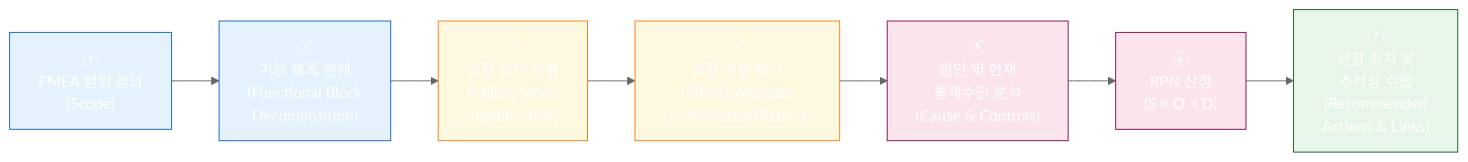
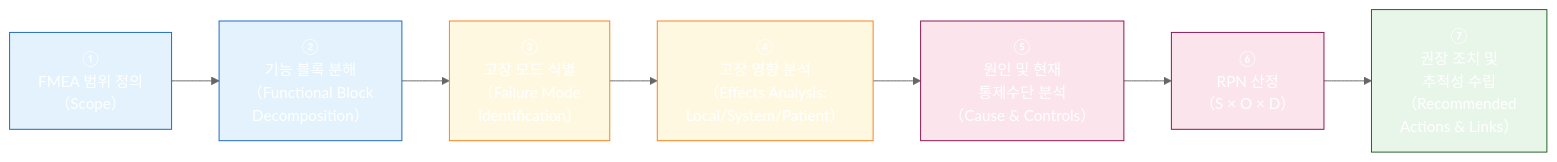
Before and after one commit to holee9/console-gui: the second of 11 diagrams in docs/risk/DOC-009_FMEA_v1.0.md, drawn with Mermaid (neutral theme). The commit also changed other lines of this file and 22 other files, not shown here.

First line of the commit message:
fix: Mermaid flowchart 노드 내 괄호 파싱 오류 전면 수정

````diff
--- a/docs/risk/DOC-009_FMEA_v1.0.md
+++ b/docs/risk/DOC-009_FMEA_v1.0.md
@@ -145,19 +145,19 @@
 ```mermaid
 flowchart LR
     classDef default fill:#444,stroke:#666,color:#fff
-    S1["①\nFMEA 범위 정의\n(Scope)"] --> S2
-    S2["②\n기능 블록 분해\n(Functional Block\nDecomposition)"] --> S3
-    S3["③\n고장 모드 식별\n(Failure Mode\nIdentification)"] --> S4
-    S4["④\n고장 영향 분석\n(Effects Analysis:\nLocal/System/Patient)"] --> S5
-    S5["⑤\n원인 및 현재\n통제수단 분석\n(Cause & Controls)"] --> S6
-    S6["⑥\nRPN 산정\n(S × O × D)"] --> S7
-    S7["⑦\n권장 조치 및\n추적성 수립\n(Recommended\nActions & Links)"]
+    S1["①\nFMEA 범위 정의\n（Scope）"] --> S2
+    S2["②\n기능 블록 분해\n（Functional Block\nDecomposition）"] --> S3
+    S3["③\n고장 모드 식별\n（Failure Mode\nIdentification）"] --> S4
+    S4["④\n고장 영향 분석\n（Effects Analysis:\nLocal/System/Patient）"] --> S5
+    S5["⑤\n원인 및 현재\n통제수단 분석\n（Cause & Controls）"] --> S6
+    S6["⑥\nRPN 산정\n（S × O × D）"] --> S7
+    S7["⑦\n권장 조치 및\n추적성 수립\n（Recommended\nActions & Links）"]
 
     style S1 fill:#e3f2fd,stroke:#1565C0
     style S2 fill:#e3f2fd,stroke:#1565C0
     style S3 fill:#fff8e1,stroke:#F57F17
     style S4 fill:#fff8e1,stroke:#F57F17
     style S5 fill:#fce4ec,stroke:#880E4F
     style S6 fill:#fce4ec,stroke:#880E4F
     style S7 fill:#e8f5e9,stroke:#1B5E20
 ```
````
